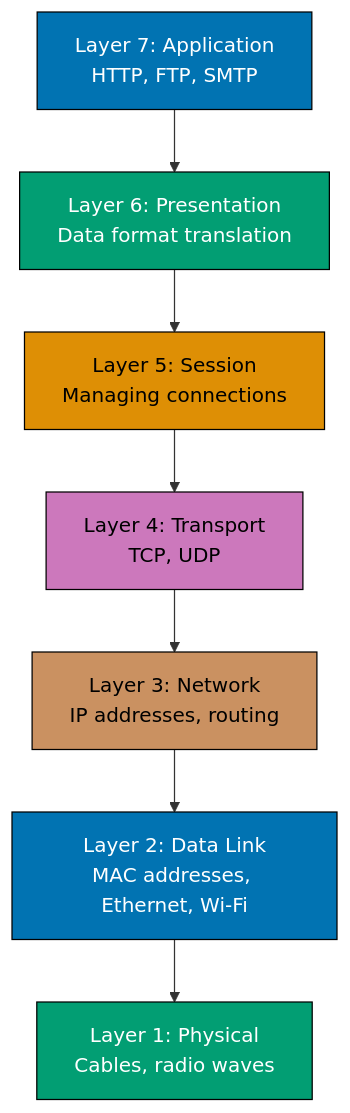
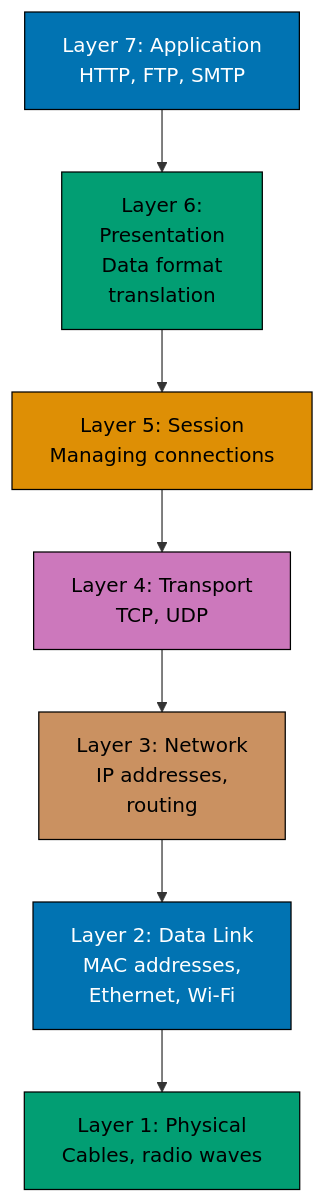
The third of 6 diagrams in apps/ayokoding-www/content/en/learn/legacy/software-engineering/networking/introduction.md (wahidyankf/ose-public), drawn with Mermaid before and after one commit. The commit also changed other lines of this file and 78 other files, not shown here.

First line of the commit message:
fix(mermaid): bring the remaining legacy software-engineering diagrams onto the accessible palette

````diff
--- a/apps/ayokoding-www/content/en/learn/legacy/software-engineering/networking/introduction.md
+++ b/apps/ayokoding-www/content/en/learn/legacy/software-engineering/networking/introduction.md
@@ -123,18 +137,26 @@
 ```mermaid
 %% Color Palette: Blue #0173B2, Orange #DE8F05, Teal #029E73, Purple #CC78BC, Brown #CA9161
 flowchart TD
-    L7[Layer 7: Application<br/>HTTP, FTP, SMTP] --> L6[Layer 6: Presentation<br/>Data format translation]
+    accTitle: Network Layers
+    accDescr: Flowchart with 7 nodes and 6 connections. Nodes: Layer 7: Application HTTP, FTP, SMTP, Layer 6: Presentation Data format translation, Layer 5: Session Managing connections, Layer 4: Transport TCP, UDP, Layer 3: Network IP addresses, routing, Layer 2: Data Link MAC addresses, Ethernet, Wi-Fi, Layer 1: Physical Cables, radio waves. Connections: Layer 7: Application HTTP, FTP, SMTP to Layer 6: Presentation Data format translation, Layer 6: Presentation Data format translation to Layer 5: Session Managing connections, Layer 5: Session Managing connections to Layer 4: Transport TCP, UDP, Layer 4: Transport TCP, UDP to Layer 3: Network IP addresses, routing, Layer 3: Network IP addresses, routing to Layer 2: Data Link MAC addresses, Ethernet, Wi-Fi, Layer 2: Data Link MAC addresses, Ethernet, Wi-Fi to Layer 1: Physical Cables, radio waves.
+    L7[Layer 7: Application<br/>HTTP, FTP, SMTP] --> L6[Layer 6:<br/>Presentation<br/>Data format<br/>translation]
     L6 --> L5[Layer 5: Session<br/>Managing connections]
     L5 --> L4[Layer 4: Transport<br/>TCP, UDP]
-    L4 --> L3[Layer 3: Network<br/>IP addresses, routing]
-    L3 --> L2[Layer 2: Data Link<br/>MAC addresses, Ethernet, Wi-Fi]
+    L4 --> L3[Layer 3: Network<br/>IP addresses,<br/>routing]
+    L3 --> L2[Layer 2: Data Link<br/>MAC addresses,<br/>Ethernet, Wi-Fi]
     L2 --> L1[Layer 1: Physical<br/>Cables, radio waves]
 
-    style L7 fill:#0173B2,stroke:#000,color:#fff
-    style L6 fill:#029E73,stroke:#000,color:#fff
-    style L5 fill:#DE8F05,stroke:#000,color:#000
-    style L4 fill:#CC78BC,stroke:#000,color:#000
-    style L3 fill:#CA9161,stroke:#000,color:#000
-    style L2 fill:#0173B2,stroke:#000,color:#fff
-    style L1 fill:#029E73,stroke:#000,color:#fff
+    classDef pal-0173B2 fill:#0173B2,stroke:#000000,color:#FFFFFF
+    class L7 pal-0173B2
+    classDef pal-029E73 fill:#029E73,stroke:#000000,color:#000000
+    class L6 pal-029E73
+    classDef pal-DE8F05 fill:#DE8F05,stroke:#000000,color:#000000
+    class L5 pal-DE8F05
+    classDef pal-CC78BC fill:#CC78BC,stroke:#000000,color:#000000
+    class L4 pal-CC78BC
+    classDef pal-CA9161 fill:#CA9161,stroke:#000000,color:#000000
+    class L3 pal-CA9161
+    class L2 pal-0173B2
+    class L1 pal-029E73
+    classDef default fill:#FFFFFF,stroke:#000000,color:#000000
 ```
````
